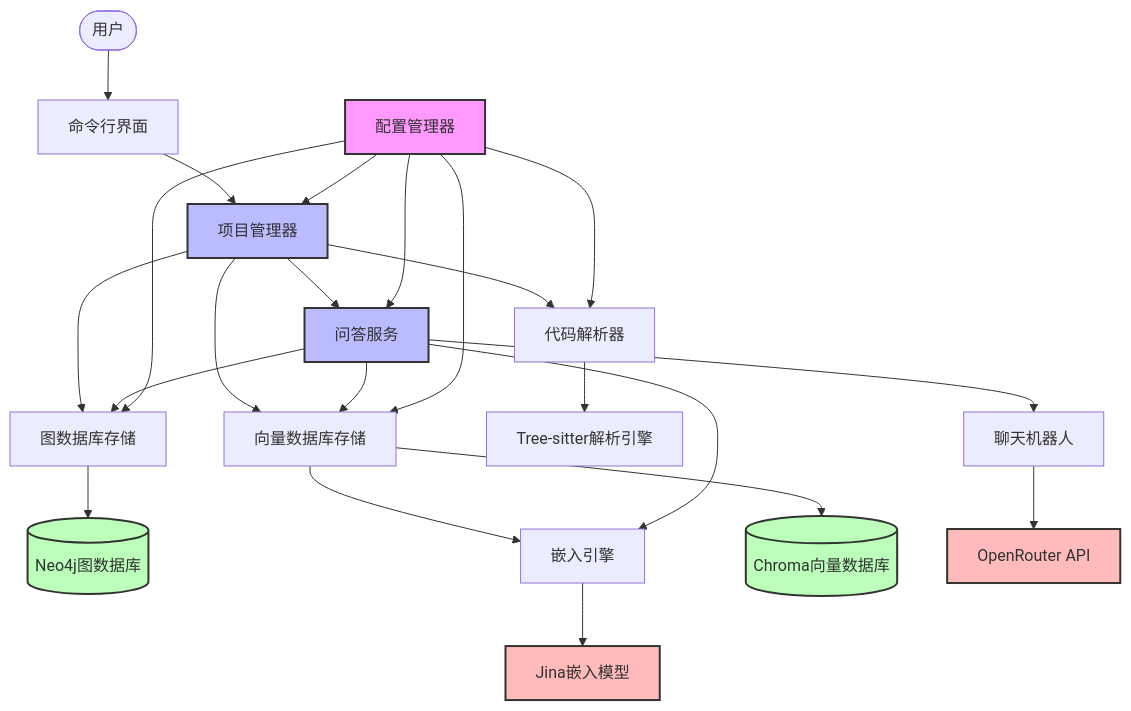
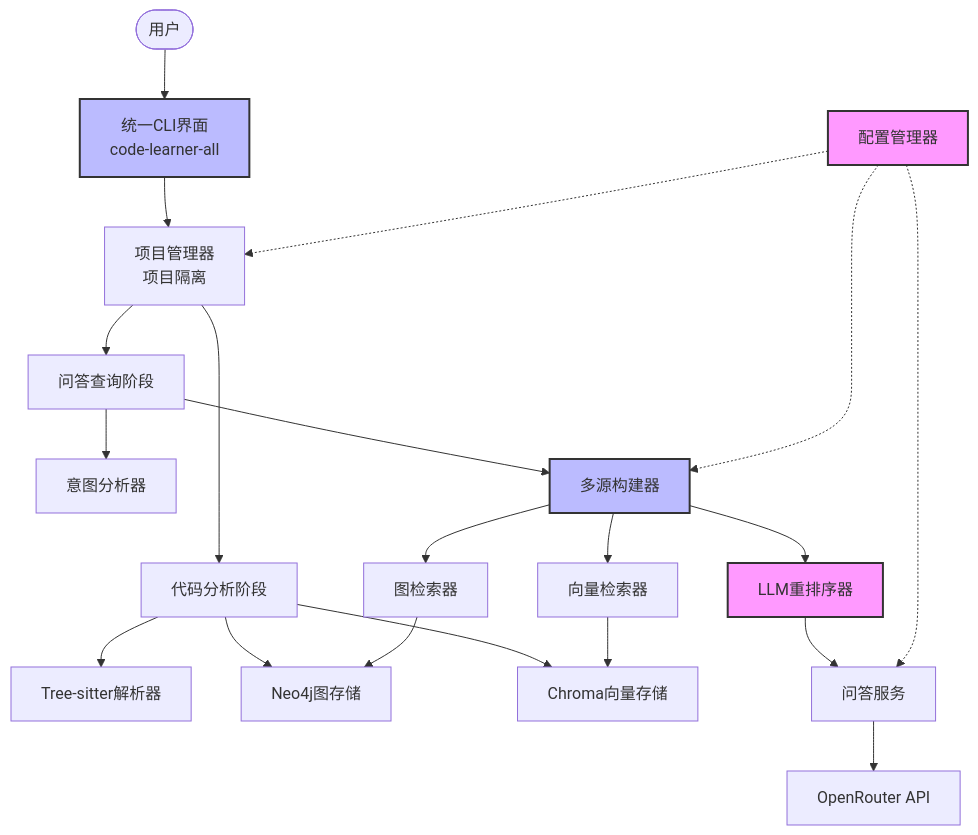
The second of 4 diagrams in 001-dev-docs/01_architecture.md (flyingcloud-code/repo-inspector), drawn with Mermaid before and after one commit. The commit also changed other lines of this file and 56 other files, not shown here.

Commit message:
feat:enable call graph, work as python script cli

````diff
--- a/001-dev-docs/01_architecture.md
+++ b/001-dev-docs/01_architecture.md
@@ -100,37 +68,34 @@
 ```mermaid
 flowchart TB
-    User([用户]) --> CLI[命令行界面]
-    CLI --> ProjectManager[项目管理器]
+    User([用户]) --> CLI[统一CLI界面<br/>code-learner-all]
+    CLI --> ProjectManager[项目管理器<br/>项目隔离]
     
-    ProjectManager --> Parser[代码解析器]
-    ProjectManager --> GraphStore[图数据库存储]
-    ProjectManager --> VectorStore[向量数据库存储]
+    ProjectManager --> Analysis[代码分析阶段]
+    ProjectManager --> Query[问答查询阶段]
     
-    Parser --> TreeSitter[Tree-sitter解析引擎]
-    GraphStore --> Neo4j[(Neo4j图数据库)]
-    VectorStore --> EmbeddingEngine[嵌入引擎]
-    VectorStore --> Chroma[(Chroma向量数据库)]
+    Analysis --> Parser[Tree-sitter解析器]
+    Analysis --> GraphStore[Neo4j图存储]
+    Analysis --> VectorStore[Chroma向量存储]
     
-    ProjectManager --> QAService[问答服务]
-    QAService --> EmbeddingEngine
-    QAService --> ChatBot[聊天机器人]
-    QAService --> GraphStore
-    QAService --> VectorStore
+    Query --> IntentAnalyzer[意图分析器]
+    Query --> MultiSourceBuilder[多源构建器]
     
-    EmbeddingEngine --> JinaEmbeddings[Jina嵌入模型]
-    ChatBot --> OpenRouter[OpenRouter API]
+    MultiSourceBuilder --> VectorRetriever[向量检索器]
+    MultiSourceBuilder --> GraphRetriever[图检索器]
+    MultiSourceBuilder --> LLMReranker[LLM重排序器]
     
-    ConfigManager[配置管理器] --> ProjectManager
-    ConfigManager --> Parser
-    ConfigManager --> GraphStore
-    ConfigManager --> VectorStore
-    ConfigManager --> QAService
+    VectorRetriever --> VectorStore
+    GraphRetriever --> GraphStore
     
+    LLMReranker --> QAService[问答服务]
+    QAService --> OpenRouter[OpenRouter API]
+    
+    ConfigManager[配置管理器] -.-> ProjectManager
+    ConfigManager -.-> MultiSourceBuilder
+    ConfigManager -.-> QAService
+    
+    style CLI fill:#bbf,stroke:#333,stroke-width:2
+    style MultiSourceBuilder fill:#bbf,stroke:#333,stroke-width:2
+    style LLMReranker fill:#f9f,stroke:#333,stroke-width:2
     style ConfigManager fill:#f9f,stroke:#333,stroke-width:2
-    style ProjectManager fill:#bbf,stroke:#333,stroke-width:2
-    style QAService fill:#bbf,stroke:#333,stroke-width:2
-    style Neo4j fill:#bfb,stroke:#333,stroke-width:2
-    style Chroma fill:#bfb,stroke:#333,stroke-width:2
-    style JinaEmbeddings fill:#fbb,stroke:#333,stroke-width:2
-    style OpenRouter fill:#fbb,stroke:#333,stroke-width:2
 ```
````
